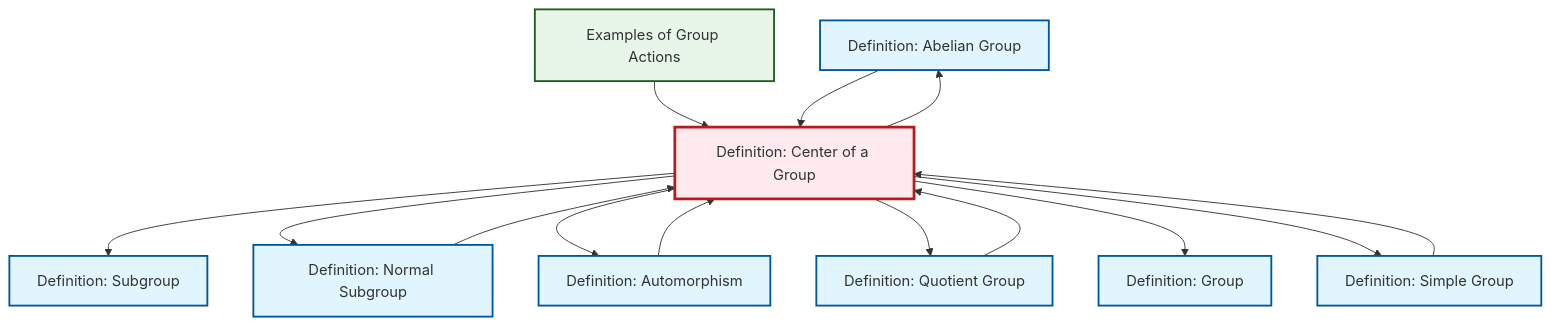
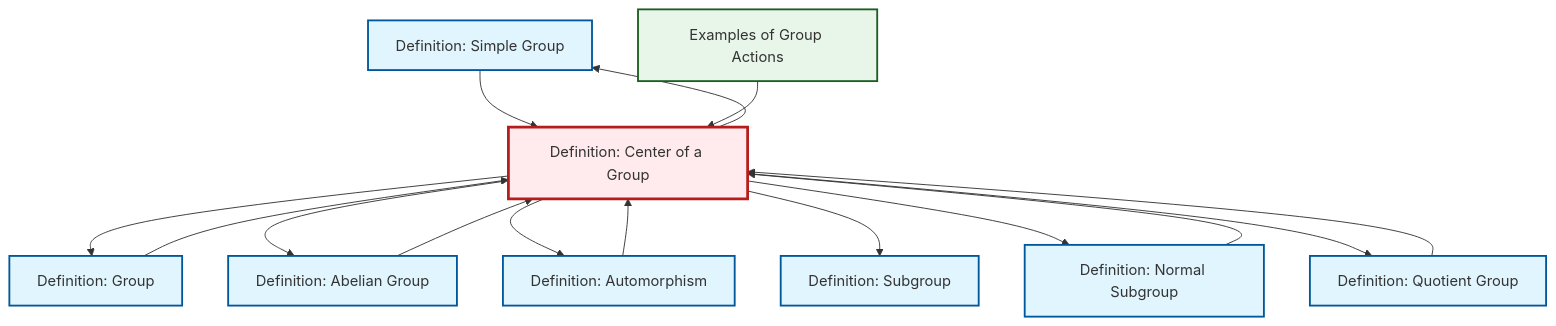
Before and after one commit to RK0429/ModernMath: the diagram in content/ja/algebra/def-center-of-group.qmd, drawn with Mermaid. The commit also changed 654 other files, not shown here.

````diff
--- a/content/ja/algebra/def-center-of-group.qmd
+++ b/content/ja/algebra/def-center-of-group.qmd
@@ -112,40 +112,41 @@
 ```{mermaid}
 %%| fig-cap: "Local dependency graph"
 graph TD
     classDef definition fill:#e1f5fe,stroke:#01579b,stroke-width:2px
     classDef theorem fill:#f3e5f5,stroke:#4a148c,stroke-width:2px
     classDef axiom fill:#fff3e0,stroke:#e65100,stroke-width:2px
     classDef example fill:#e8f5e9,stroke:#1b5e20,stroke-width:2px
     classDef current fill:#ffebee,stroke:#b71c1c,stroke-width:3px
-    def-group["Definition: Group"]:::definition
-    def-abelian-group["Definition: Abelian Group"]:::definition
     def-simple-group["Definition: Simple Group"]:::definition
     def-center-of-group["Definition: Center of a Group"]:::definition
+    def-group["Definition: Group"]:::definition
     def-quotient-group["Definition: Quotient Group"]:::definition
     def-subgroup["Definition: Subgroup"]:::definition
+    ex-group-action-examples["Examples of Group Actions"]:::example
     def-normal-subgroup["Definition: Normal Subgroup"]:::definition
+    def-abelian-group["Definition: Abelian Group"]:::definition
     def-automorphism["Definition: Automorphism"]:::definition
-    ex-group-action-examples["Examples of Group Actions"]:::example
+    def-center-of-group --> def-group
+    def-abelian-group --> def-center-of-group
+    def-center-of-group --> def-simple-group
     def-simple-group --> def-center-of-group
+    def-center-of-group --> def-abelian-group
+    def-quotient-group --> def-center-of-group
+    def-group --> def-center-of-group
+    def-automorphism --> def-center-of-group
+    def-normal-subgroup --> def-center-of-group
+    def-center-of-group --> def-automorphism
+    def-center-of-group --> def-subgroup
     ex-group-action-examples --> def-center-of-group
-    def-center-of-group --> def-subgroup
     def-center-of-group --> def-normal-subgroup
-    def-center-of-group --> def-automorphism
-    def-quotient-group --> def-center-of-group
-    def-center-of-group --> def-abelian-group
-    def-abelian-group --> def-center-of-group
     def-center-of-group --> def-quotient-group
-    def-center-of-group --> def-group
-    def-center-of-group --> def-simple-group
-    def-normal-subgroup --> def-center-of-group
-    def-automorphism --> def-center-of-group
     class def-center-of-group current
+    click def-simple-group "def-simple-group.html" "Definition: Simple Groupへ"
     click def-group "def-group.html" "Definition: Groupへ"
-    click def-abelian-group "def-abelian-group.html" "Definition: Abelian Groupへ"
-    click def-simple-group "def-simple-group.html" "Definition: Simple Groupへ"
     click def-quotient-group "def-quotient-group.html" "Definition: Quotient Groupへ"
     click def-subgroup "def-subgroup.html" "Definition: Subgroupへ"
+    click ex-group-action-examples "ex-group-action-examples.html" "Examples of Group Actionsへ"
     click def-normal-subgroup "def-normal-subgroup.html" "Definition: Normal Subgroupへ"
+    click def-abelian-group "def-abelian-group.html" "Definition: Abelian Groupへ"
     click def-automorphism "def-automorphism.html" "Definition: Automorphismへ"
-    click ex-group-action-examples "ex-group-action-examples.html" "Examples of Group Actionsへ"
 ```
````
